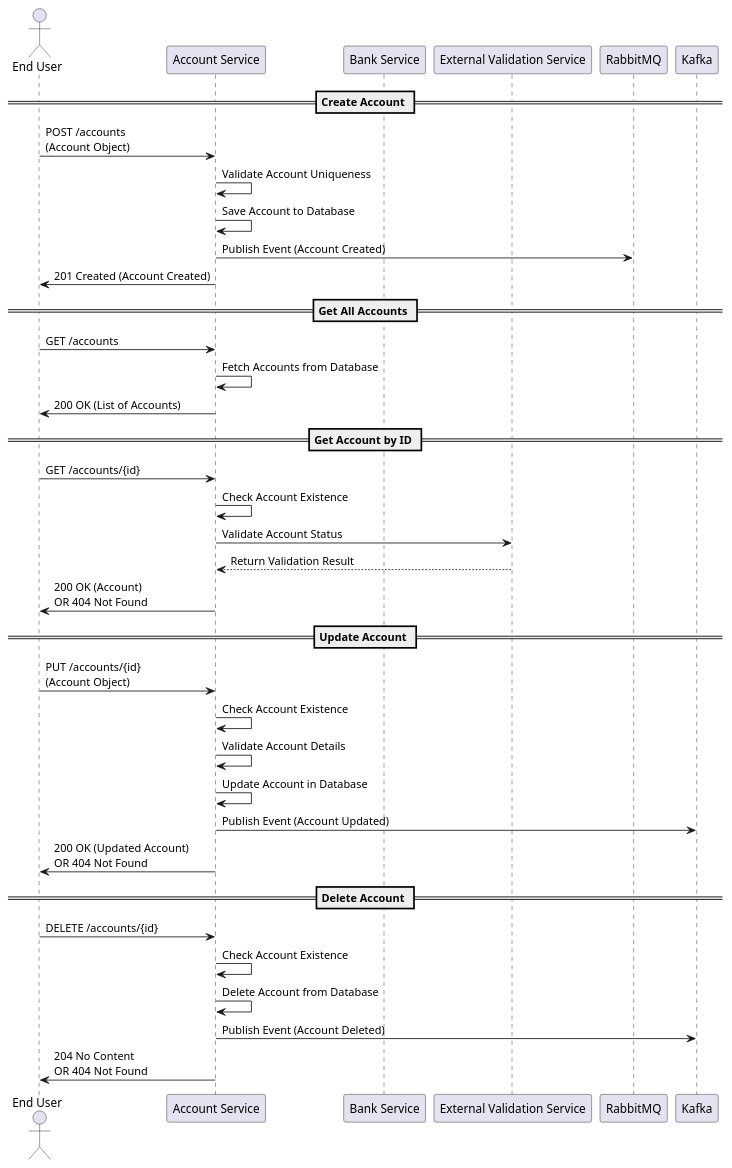
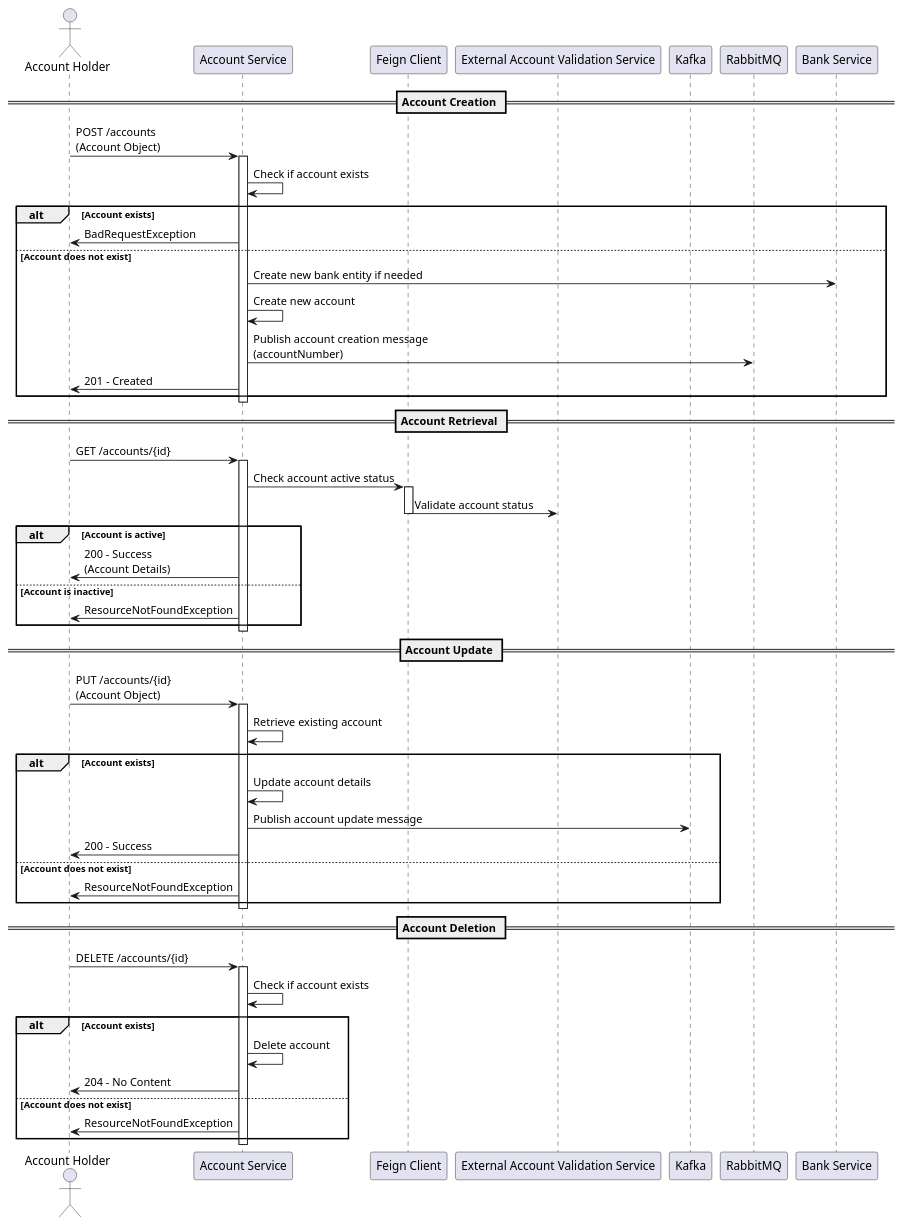
One commit to Bhaskar-Pavan/AccountService changed the diagram in design_document/AccountService.md. Above: the diagram before and after it, drawn with PlantUML. The commit also changed other lines of this file, not shown here.

````diff
--- a/design_document/AccountService.md
+++ b/design_document/AccountService.md
@@ -36,46 +37,65 @@
 ```plantuml
 @startuml
+actor "Account Holder" as AccountHolder
+participant "Account Service" as AccountService
+participant "Feign Client" as FeignClient
+participant "External Account Validation Service" as ExternalService
+participant "Kafka" as Kafka
+participant "RabbitMQ" as RabbitMQ
+participant "Bank Service" as BankService
 
-actor "End User" as User
-participant "Account Service" as AccountService
-participant "Bank Service" as BankService
-participant "External Validation Service" as ValidationService
-participant "RabbitMQ" as RabbitMQ
-participant "Kafka" as Kafka
+== Account Creation ==
+AccountHolder -> AccountService : POST /accounts\n(Account Object)
+activate AccountService
+AccountService -> AccountService : Check if account exists
+alt Account exists
+    AccountService -> AccountHolder : BadRequestException
+else Account does not exist
+    AccountService -> BankService : Create new bank entity if needed
+    AccountService -> AccountService : Create new account
+    AccountService -> RabbitMQ : Publish account creation message\n(accountNumber)
+    AccountService -> AccountHolder : 201 - Created
+end
+deactivate AccountService
 
-== Create Account ==
-User -> AccountService : POST /accounts\n(Account Object)
-AccountService -> AccountService : Validate Account Uniqueness
-AccountService -> AccountService : Save Account to Database
-AccountService -> RabbitMQ : Publish Event (Account Created)
-AccountService -> User : 201 Created (Account Created)
+== Account Retrieval ==
+AccountHolder -> AccountService : GET /accounts/{id}
+activate AccountService
+AccountService -> FeignClient : Check account active status
+activate FeignClient
+FeignClient -> ExternalService : Validate account status
+deactivate FeignClient
+alt Account is active
+    AccountService -> AccountHolder : 200 - Success\n(Account Details)
+else Account is inactive
+    AccountService -> AccountHolder : ResourceNotFoundException
+end
+deactivate AccountService
 
-== Get All Accounts ==
-User -> AccountService : GET /accounts
-AccountService -> AccountService : Fetch Accounts from Database
-AccountService -> User : 200 OK (List of Accounts)
+== Account Update ==
+AccountHolder -> AccountService : PUT /accounts/{id}\n(Account Object)
+activate AccountService
+AccountService -> AccountService : Retrieve existing account
+alt Account exists
+    AccountService -> AccountService : Update account details
+    AccountService -> Kafka : Publish account update message
+    AccountService -> AccountHolder : 200 - Success
+else Account does not exist
+    AccountService -> AccountHolder : ResourceNotFoundException
+end
+deactivate AccountService
 
-== Get Account by ID ==
-User -> AccountService : GET /accounts/{id}
-AccountService -> AccountService : Check Account Existence
-AccountService -> ValidationService : Validate Account Status
-ValidationService --> AccountService : Return Validation Result
-AccountService -> User : 200 OK (Account)\nOR 404 Not Found
-
-== Update Account ==
-User -> AccountService : PUT /accounts/{id}\n(Account Object)
-AccountService -> AccountService : Check Account Existence
-AccountService -> AccountService : Validate Account Details
-AccountService -> AccountService : Update Account in Database
-AccountService -> Kafka : Publish Event (Account Updated)
-AccountService -> User : 200 OK (Updated Account)\nOR 404 Not Found
-
-== Delete Account ==
-User -> AccountService : DELETE /accounts/{id}
-AccountService -> AccountService : Check Account Existence
-AccountService -> AccountService : Delete Account from Database
-AccountService -> Kafka : Publish Event (Account Deleted)
-AccountService -> User : 204 No Content\nOR 404 Not Found
+== Account Deletion ==
+AccountHolder -> AccountService : DELETE /accounts/{id}
+activate AccountService
+AccountService -> AccountService : Check if account exists
+alt Account exists
+    AccountService -> AccountService : Delete account
+    AccountService -> AccountHolder : 204 - No Content
+else Account does not exist
+    AccountService -> AccountHolder : ResourceNotFoundException
+end
+deactivate AccountService
 
 @enduml
 ```
````
